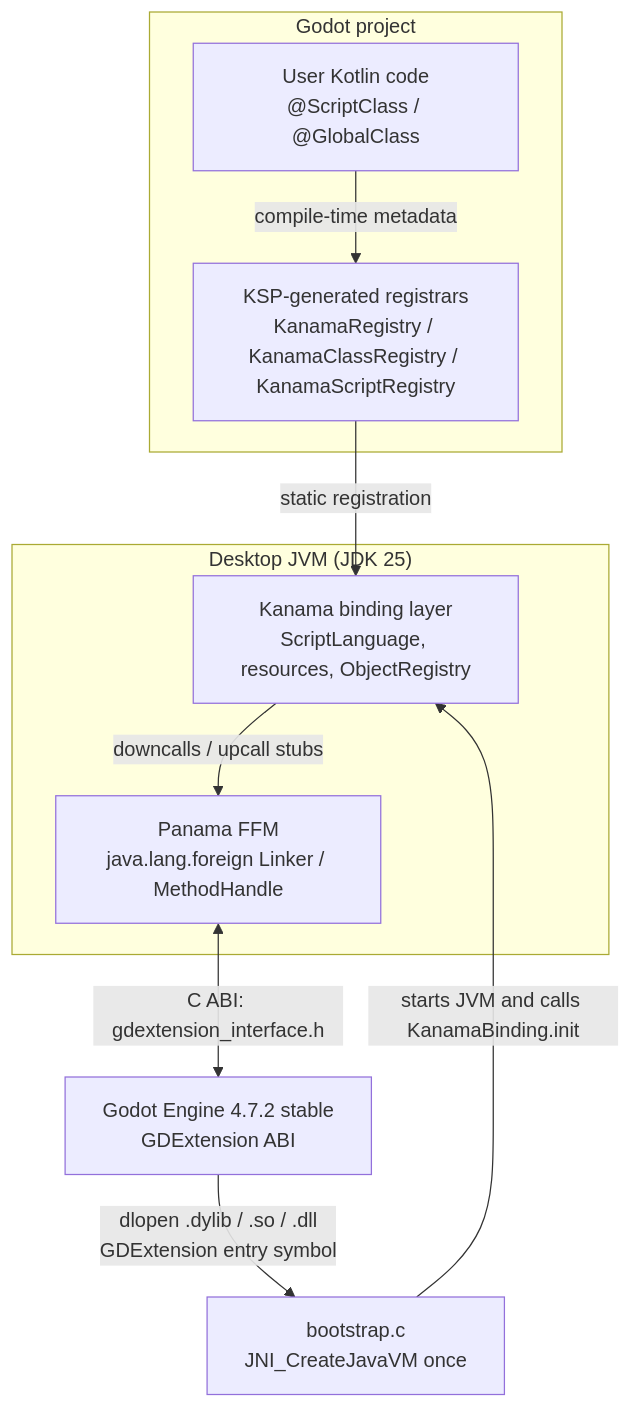
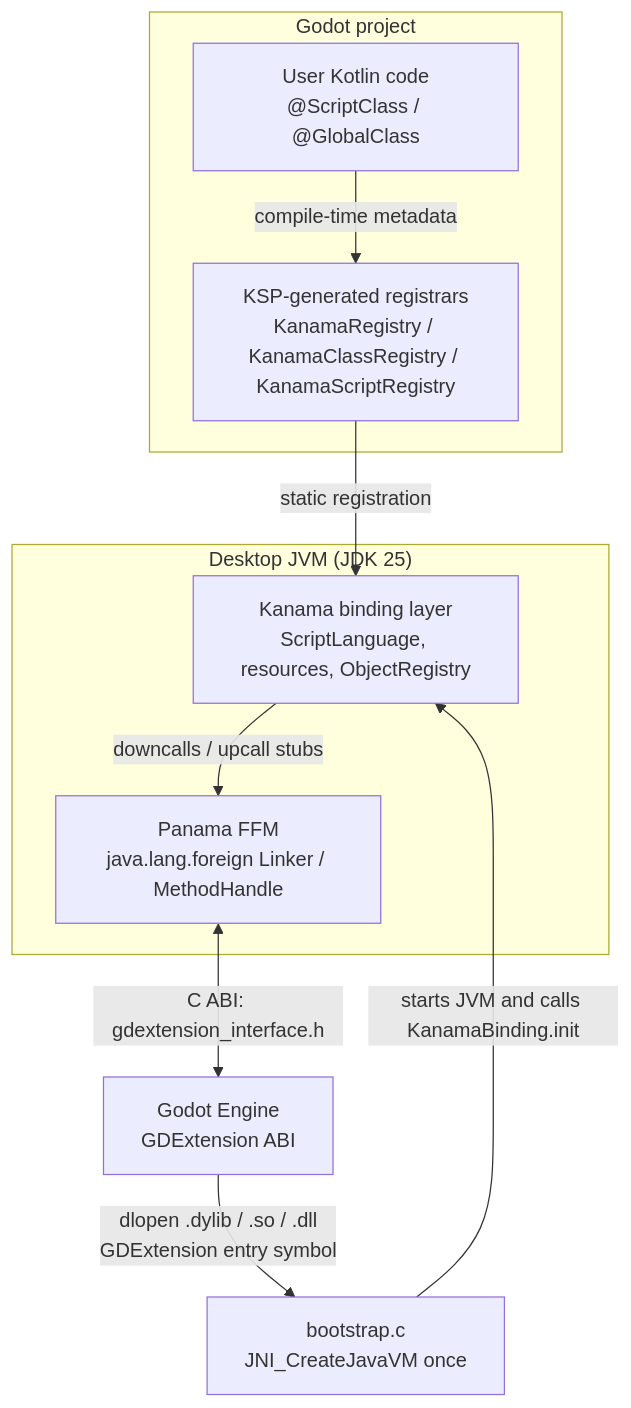
The first of 5 diagrams in docs/contributing/architecture.md (falcon4ever/kanama), drawn with Mermaid before and after one commit. The commit also changed 24 other files, not shown here.

````diff
--- a/docs/contributing/architecture.md
+++ b/docs/contributing/architecture.md
@@ -20,22 +20,22 @@
 ```mermaid
 flowchart TB
     subgraph PROJECT["Godot project"]
         USER["User Kotlin code<br/>@ScriptClass / @GlobalClass"]
         KSP["KSP-generated registrars<br/>KanamaRegistry / KanamaClassRegistry / KanamaScriptRegistry"]
     end
 
     subgraph JVM["Desktop JVM (JDK 25)"]
         BINDING["Kanama binding layer<br/>ScriptLanguage, resources, ObjectRegistry"]
         FFM["Panama FFM<br/>java.lang.foreign Linker / MethodHandle"]
     end
 
     BOOT["bootstrap.c<br/>JNI_CreateJavaVM once"]
-    GODOT["Godot Engine 4.7.2 stable<br/>GDExtension ABI"]
+    GODOT["Godot Engine<br/>GDExtension ABI"]
 
     USER -->|"compile-time metadata"| KSP
     KSP -->|"static registration"| BINDING
     GODOT -->|"dlopen .dylib / .so / .dll<br/>GDExtension entry symbol"| BOOT
     BOOT -->|"starts JVM and calls KanamaBinding.init"| BINDING
     BINDING -->|"downcalls / upcall stubs"| FFM
     FFM <-->|"C ABI: gdextension_interface.h"| GODOT
 ```
````
